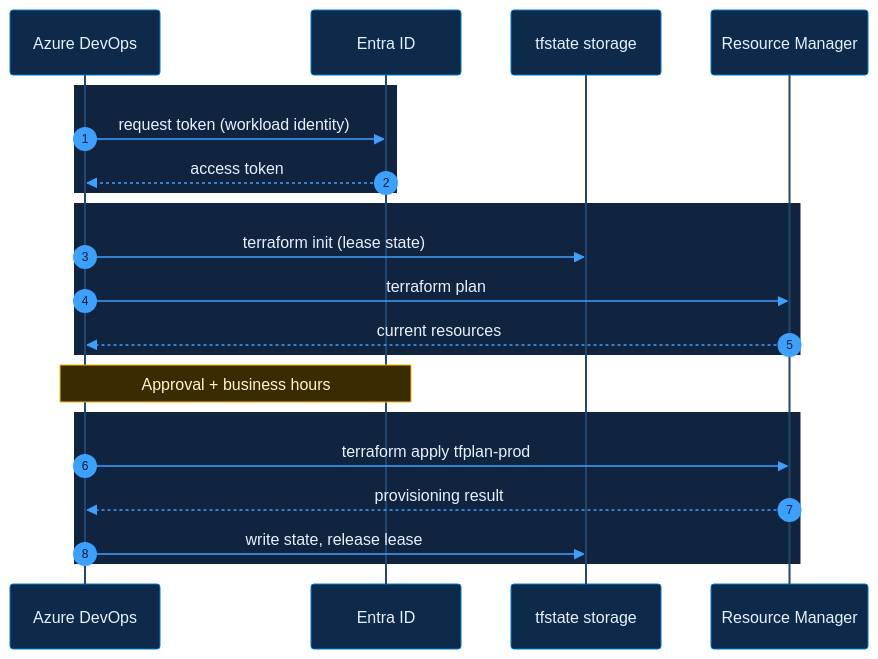
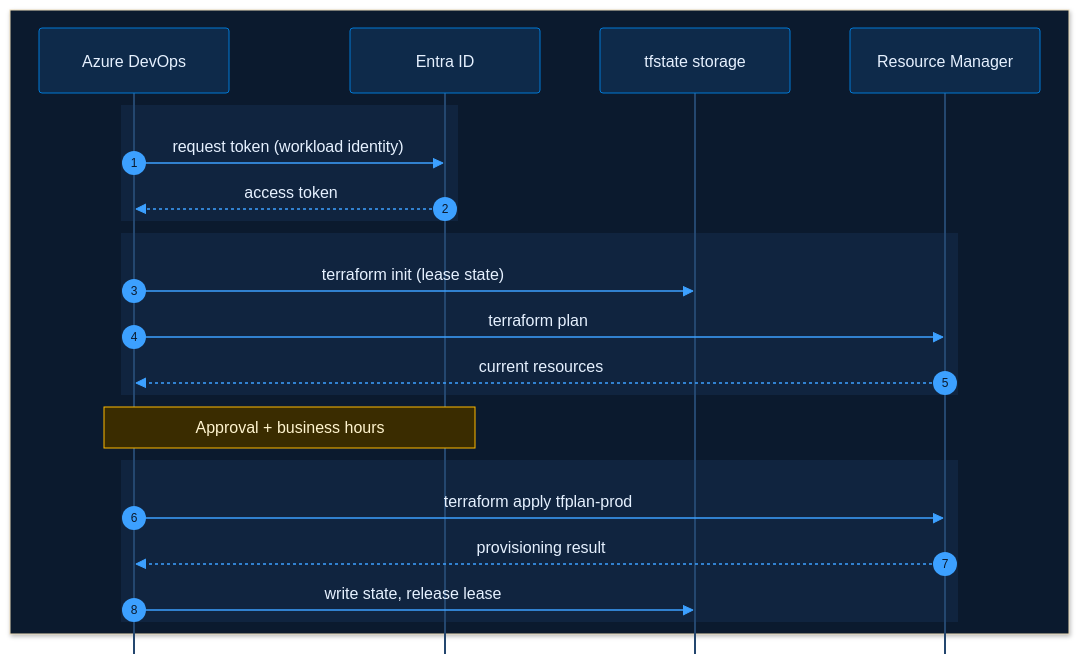
The second of 2 diagrams in skills/mermaid-azure-midnight/templates/sequence-azure.md (poorleno1/mermaid-illustrate), drawn with Mermaid before and after one commit. The commit also changed other lines of this file and 9 other files, not shown here.

First line of the commit message:
fix: Azure DevOps wiki needs the diagram keyword on line 1

```diff
--- a/skills/mermaid-azure-midnight/templates/sequence-azure.md
+++ b/skills/mermaid-azure-midnight/templates/sequence-azure.md
@@ -43,25 +43,27 @@
 ::: mermaid
-%%{init: {"theme": "base", "themeVariables": {"background": "#0b1a2e", "primaryTextColor": "#e6f1ff", "textColor": "#e6f1ff", "lineColor": "#3ca0ff", "actorBkg": "#0e2a4a", "actorBorder": "#0078d4", "actorTextColor": "#e6f1ff", "actorLineColor": "#24476f", "signalColor": "#3ca0ff", "signalTextColor": "#e6f1ff", "labelBoxBkgColor": "#10243f", "labelBoxBorderColor": "#24476f", "labelTextColor": "#9cc3ea", "loopTextColor": "#9cc3ea", "noteBkgColor": "#3a2c00", "noteBorderColor": "#ffb900", "noteTextColor": "#fff4ce", "activationBkgColor": "#004a8f", "activationBorderColor": "#3ca0ff", "sequenceNumberColor": "#0b1a2e"}, "themeCSS": "text.actor, text.actor > tspan, .messageText, .noteText, .noteText > tspan, .labelText, .labelText > tspan, .loopText, .loopText > tspan { font-family: Geist, Segoe UI, Helvetica, Arial !important; }"}}%%
 sequenceDiagram
+%%{init: {"theme":"base","themeVariables":{"fontFamily":"Geist, Segoe UI, Helvetica, Arial","fontSize":"15px","background":"#0b1a2e","primaryTextColor":"#e6f1ff","textColor":"#e6f1ff","lineColor":"#3ca0ff","actorBkg":"#0e2a4a","actorBorder":"#0078d4","actorTextColor":"#e6f1ff","actorLineColor":"#24476f","signalColor":"#3ca0ff","signalTextColor":"#e6f1ff","labelBoxBkgColor":"#10243f","labelBoxBorderColor":"#24476f","labelTextColor":"#9cc3ea","loopTextColor":"#9cc3ea","noteBkgColor":"#3a2c00","noteBorderColor":"#ffb900","noteTextColor":"#fff4ce","activationBkgColor":"#004a8f","activationBorderColor":"#3ca0ff","sequenceNumberColor":"#0b1a2e"},"sequence":{"mirrorActors":false,"messageMargin":40,"boxMargin":12,"actorMargin":60,"width":190,"noteMargin":12}}}%%
   autonumber
-  participant ADO as Azure DevOps
-  participant ID as Entra ID
-  participant ST as tfstate storage
-  participant ARM as Resource Manager
+  box rgb(11, 26, 46)
+    participant ADO as Azure DevOps
+    participant ID as Entra ID
+    participant ST as tfstate storage
+    participant ARM as Resource Manager
+  end
 
   rect rgb(16, 36, 63)
     ADO->>ID: request token (workload identity)
     ID-->>ADO: access token
   end
   rect rgb(16, 36, 63)
     ADO->>ST: terraform init (lease state)
     ADO->>ARM: terraform plan
     ARM-->>ADO: current resources
   end
   Note over ADO,ID: Approval + business hours
   rect rgb(16, 36, 63)
     ADO->>ARM: terraform apply tfplan-prod
     ARM-->>ADO: provisioning result
     ADO->>ST: write state, release lease
   end
 :::
```
